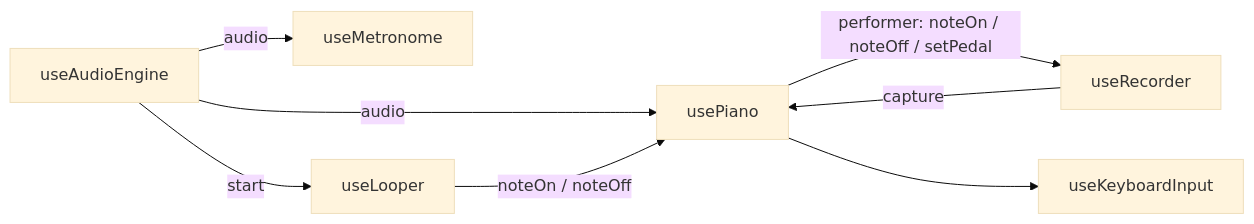
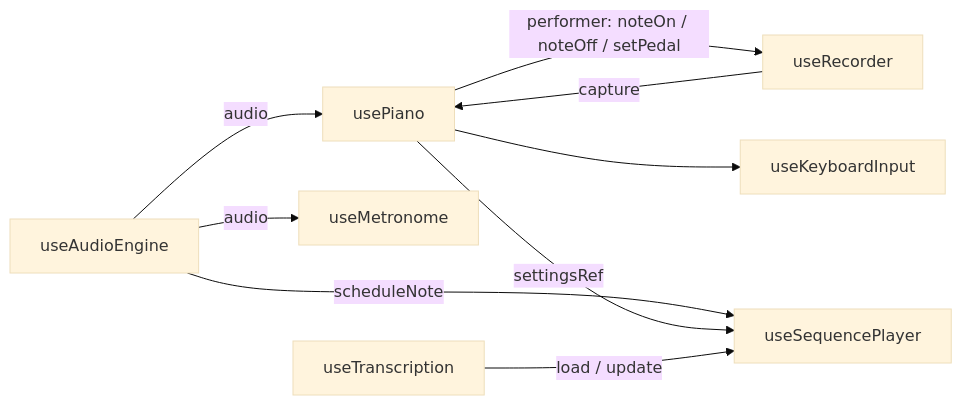
One commit to satyaidk/funkeys changed the second of 6 diagrams in docs/architecture.md. Above: the diagram before and after it, drawn with Mermaid (base theme). The commit also changed other lines of this file and 28 other files, not shown here.

First line of the commit message:
docs: FunKeys README, ADRs 0013–0015, walkthrough part 8, testing and architecture updates

````diff
--- a/docs/architecture.md
+++ b/docs/architecture.md
@@ -120,10 +132,11 @@
 ```mermaid
 flowchart LR
     AE[useAudioEngine] -- audio --> P[usePiano]
     AE -- audio --> M[useMetronome]
     R[useRecorder] -- capture --> P
     P -- performer: noteOn / noteOff / setPedal --> R
     P --> KI[useKeyboardInput]
-    L[useLooper] -- noteOn / noteOff --> P
-    AE -- start --> L
+    AE -- scheduleNote --> SP[useSequencePlayer]
+    P -- settingsRef --> SP
+    T[useTranscription] -- load / update --> SP
 ```
````
